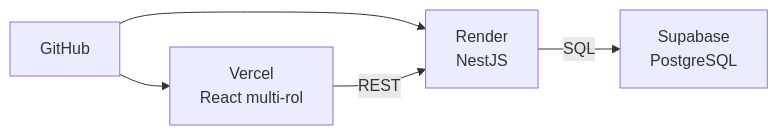
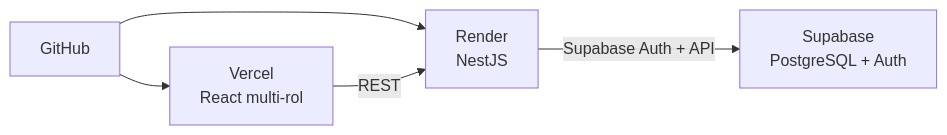
One commit to PatricioRamos04032000/FitZoneSports changed the fifth of 5 diagrams in documentacion/C4_Arquitectura_FitZone.md. Above: the diagram before and after it, drawn with Mermaid. The commit also changed other lines of this file and 7 other files, not shown here.

````diff
--- a/documentacion/C4_Arquitectura_FitZone.md
+++ b/documentacion/C4_Arquitectura_FitZone.md
@@ -235,7 +240,7 @@
 ```mermaid
 flowchart LR
     GH[GitHub] --> Vercel
     GH --> Render
     Vercel[Vercel<br/>React multi-rol] -->|REST| Render[Render<br/>NestJS]
-    Render -->|SQL| Supa[Supabase<br/>PostgreSQL]
+    Render -->|Supabase Auth + API| Supa[Supabase<br/>PostgreSQL + Auth]
 ```
````
